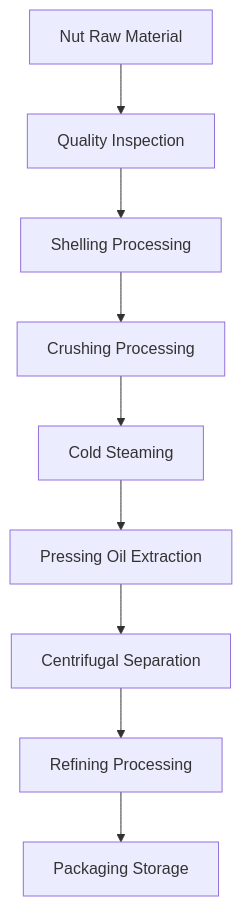
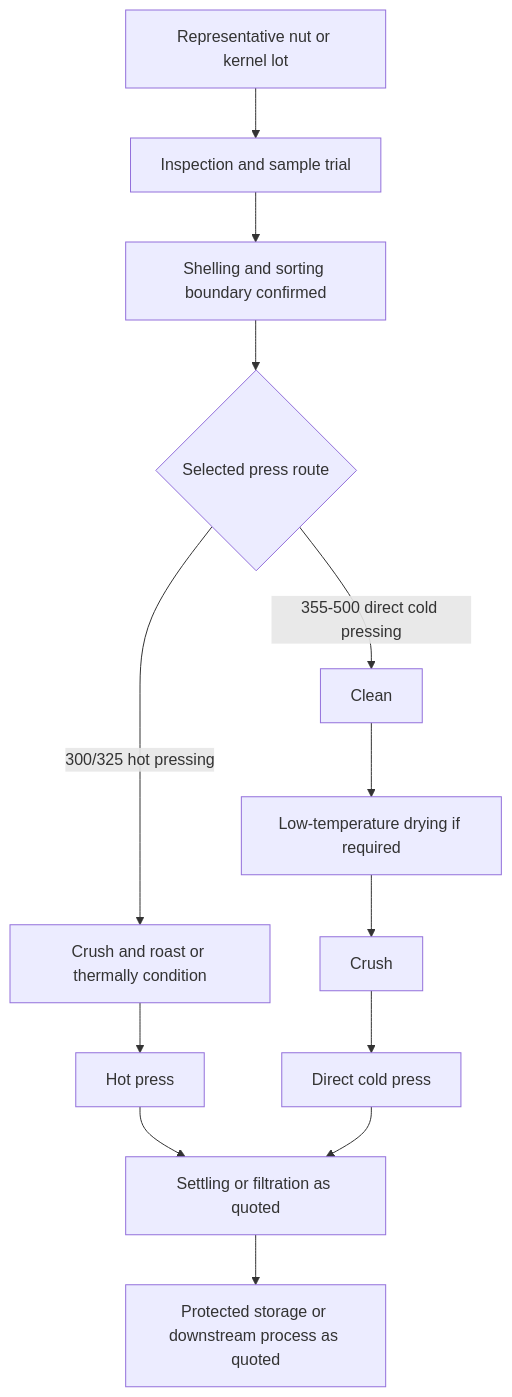
Before and after one commit to roryshanshan/oilpress-website: the diagram in docs/en/solutions/nuts.md, drawn with Mermaid. The commit also changed other lines of this file and 1420 other files, not shown here.

````diff
--- a/docs/en/solutions/nuts.md
+++ b/docs/en/solutions/nuts.md
@@ -78,11 +33,15 @@
 ```mermaid
-graph TD
-    A[Nut Raw Material] --> B[Quality Inspection]
-    B --> C[Shelling Processing]
-    C --> D[Crushing Processing]
-    D --> E[Cold Steaming]
-    E --> F[Pressing Oil Extraction]
-    F --> G[Centrifugal Separation]
-    G --> H[Refining Processing]
-    H --> I[Packaging Storage]
+flowchart TD
+    A[Representative nut or kernel lot] --> B[Inspection and sample trial]
+    B --> C[Shelling and sorting boundary confirmed]
+    C --> D{Selected press route}
+    D -->|300/325 hot pressing| E[Crush and roast or thermally condition]
+    E --> F[Hot press]
+    D -->|355-500 direct cold pressing| G[Clean]
+    G --> H[Low-temperature drying if required]
+    H --> I[Crush]
+    I --> J[Direct cold press]
+    F --> K[Settling or filtration as quoted]
+    J --> K
+    K --> L[Protected storage or downstream process as quoted]
 ```
````
